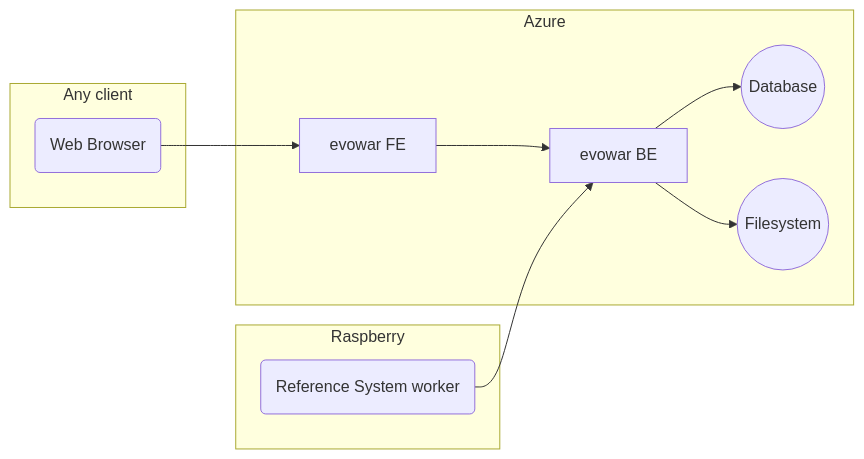
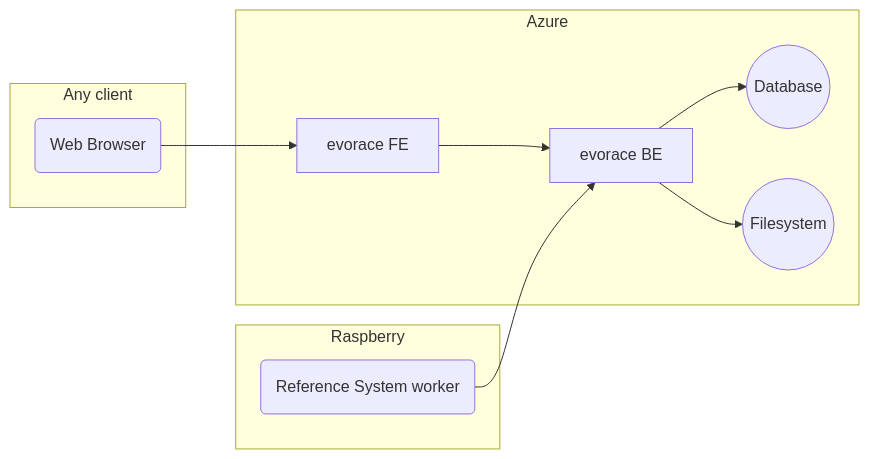
The first of 6 diagrams in docs/architecture.md (sanraith/evocontest), drawn with Mermaid before and after one commit. The commit also changed other lines of this file and 230 other files, not shown here.

Commit message:
Renamed evowar to evorace.

````diff
--- a/docs/architecture.md
+++ b/docs/architecture.md
@@ -7,24 +7,24 @@
 ```mermaid
 graph LR
 
 subgraph Any client
 	C(Web Browser)
 end
 
 subgraph Raspberry
 	RPI(Reference System worker)
 end
 
 subgraph Azure
-	FE[evowar FE]
-	BE[evowar BE]
+	FE[evorace FE]
+	BE[evorace BE]
 	DB((Database))
 	FS((Filesystem))
 end
 
 C --> FE
 FE --> BE
 BE --> DB
 BE --> FS
 RPI --> BE
 ```
````
